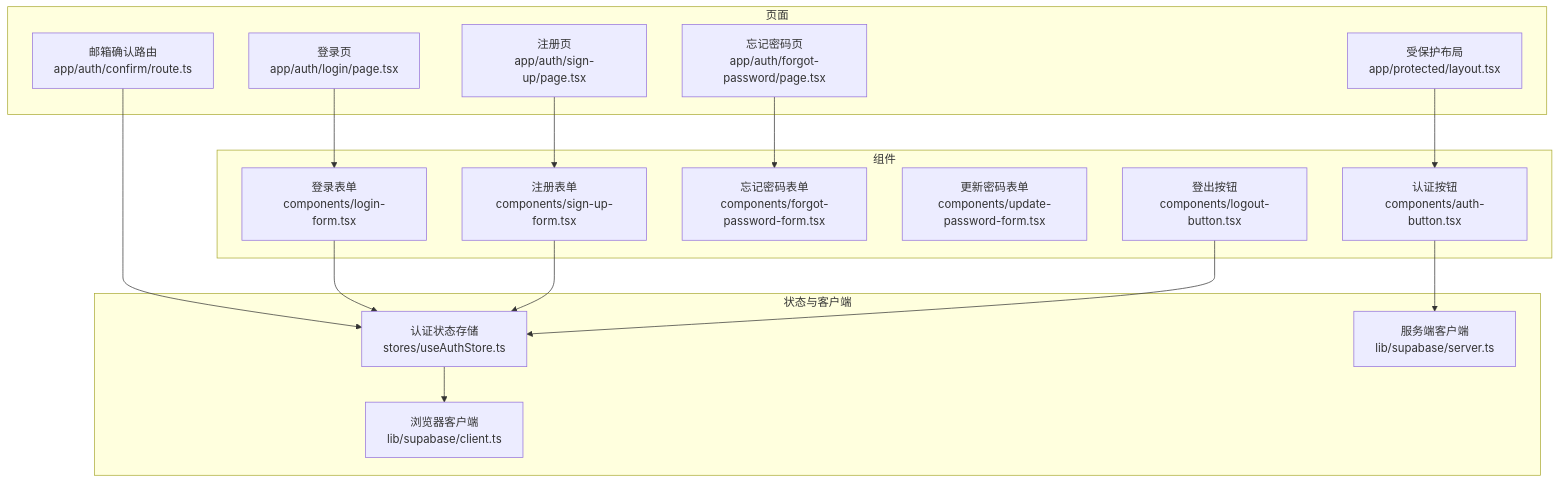
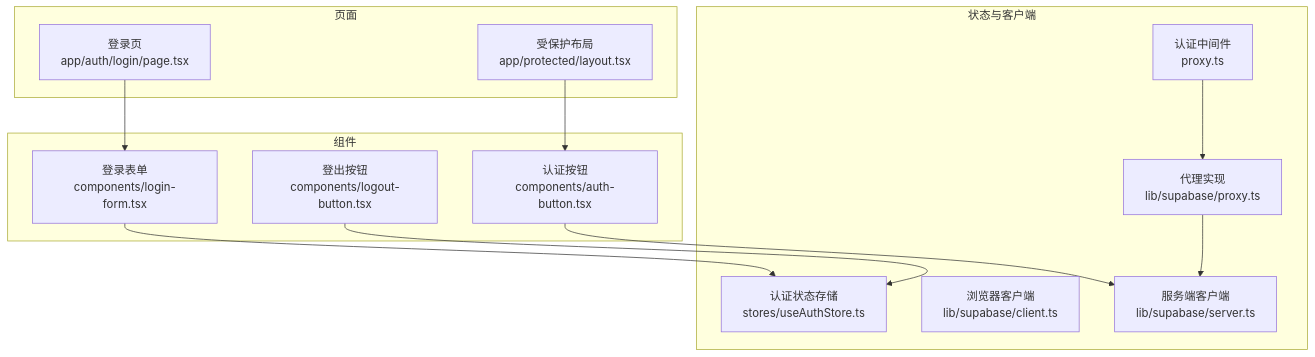
The first of 8 diagrams in .qoder/repowiki/zh/content/用户认证系统/用户认证系统.md (javalittleman1/virtual-stock-trading), drawn with Mermaid before and after one commit. The commit also changed other lines of this file and 5 other files, not shown here.

````diff
--- a/.qoder/repowiki/zh/content/用户认证系统/用户认证系统.md
+++ b/.qoder/repowiki/zh/content/用户认证系统/用户认证系统.md
@@ -51,33 +58,26 @@
 ```mermaid
 graph TB
 subgraph "页面"
 LoginPage["登录页<br/>app/auth/login/page.tsx"]
-RegisterPage["注册页<br/>app/auth/sign-up/page.tsx"]
-ForgotPwdPage["忘记密码页<br/>app/auth/forgot-password/page.tsx"]
-ConfirmRoute["邮箱确认路由<br/>app/auth/confirm/route.ts"]
 ProtectedLayout["受保护布局<br/>app/protected/layout.tsx"]
 end
 subgraph "组件"
 LoginForm["登录表单<br/>components/login-form.tsx"]
-RegisterForm["注册表单<br/>components/sign-up-form.tsx"]
-ForgotPwdForm["忘记密码表单<br/>components/forgot-password-form.tsx"]
-UpdatePwdForm["更新密码表单<br/>components/update-password-form.tsx"]
+AuthBtn["认证按钮<br/>components/auth-button.tsx"]
 LogoutBtn["登出按钮<br/>components/logout-button.tsx"]
-AuthBtn["认证按钮<br/>components/auth-button.tsx"]
 end
 subgraph "状态与客户端"
 AuthStore["认证状态存储<br/>stores/useAuthStore.ts"]
 SupaClient["浏览器客户端<br/>lib/supabase/client.ts"]
 SupaServer["服务端客户端<br/>lib/supabase/server.ts"]
+ProxyMiddleware["认证中间件<br/>proxy.ts"]
+ProxyImpl["代理实现<br/>lib/supabase/proxy.ts"]
 end
 LoginPage --> LoginForm
-RegisterPage --> RegisterForm
-ForgotPwdPage --> ForgotPwdForm
-ConfirmRoute --> AuthStore
 ProtectedLayout --> AuthBtn
 LoginForm --> AuthStore
-RegisterForm --> AuthStore
+AuthBtn --> SupaServer
 LogoutBtn --> AuthStore
-AuthBtn --> SupaServer
-AuthStore --> SupaClient
+ProxyMiddleware --> ProxyImpl
+ProxyImpl --> SupaServer
 ```
````
